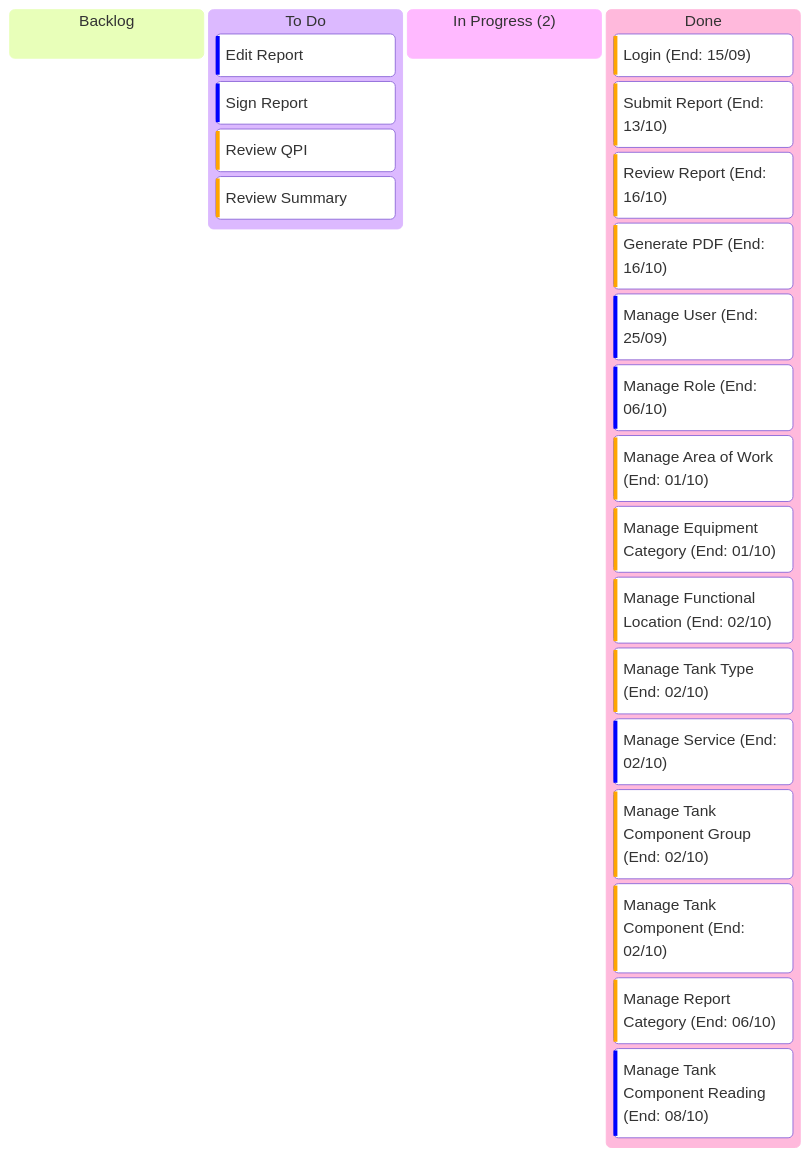
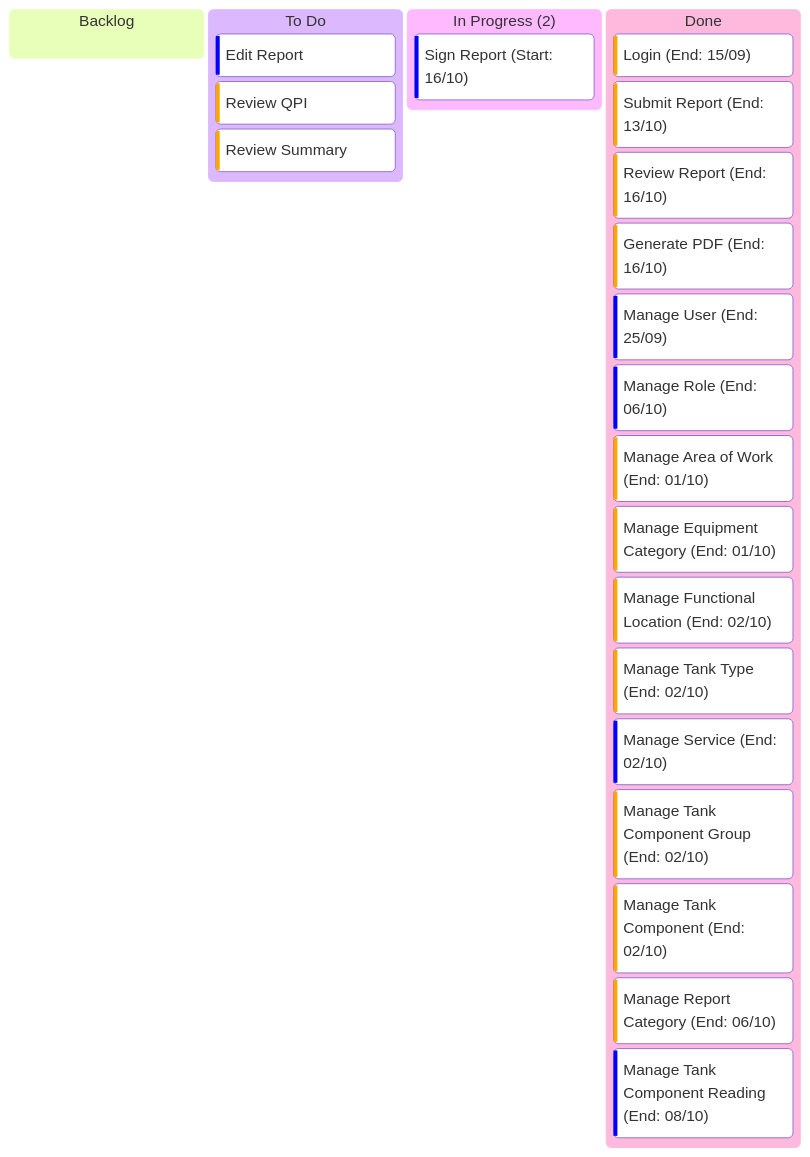
One commit to billdansr/kanban-boc-om changed the diagram in Kanban/02-Kanban.md. Above: the diagram before and after it, drawn with Mermaid.

Commit message:
vault backup: 2025-10-16 14:00:50
Sign Report: To Do -> In Progress. Started in 16/10

````diff
--- a/Kanban/02-Kanban.md
+++ b/Kanban/02-Kanban.md
@@ -3,29 +3,29 @@
 ```mermaid
 kanban
   backlog[Backlog]
 
   todo[To Do]
 	  uc04[Edit Report]@{priority: 'Low'}
-	  uc05[Sign Report]@{priority: 'Low'}
 	  uc07[Review QPI]@{priority: 'High'}
 	  uc08[Review Summary]@{priority: 'High'}
 	  
   inprogress["In Progress (2)"] 
+	  uc05["Sign Report (Start: 16/10)"]@{priority: 'Low'}
 
   done[Done]
 	  uc01["Login (End: 15/09)"]@{priority: 'High'}
 	  uc02["Submit Report (End: 13/10)"]@{priority: 'High'}
 	  uc03["Review Report (End: 16/10)"]@{priority: 'High'}	
 	  uc06["Generate PDF (End: 16/10)"]@{priority: 'High'} 	  
 	  uc09["Manage User (End: 25/09)"]@{priority: 'Low'}
 	  uc10["Manage Role (End: 06/10)"]@{priority: 'Low'}
 	  uc11["Manage Area of Work (End: 01/10)"]@{priority: 'High'}
 	  uc12["Manage Equipment Category (End: 01/10)"]@{priority: 'High'}
 	  uc13["Manage Functional Location (End: 02/10)"]@{priority: 'High'}
 	  uc14["Manage Tank Type (End: 02/10)"]@{priority: 'High'}
 	  uc15["Manage Service (End: 02/10)"]@{priority: 'Low'}
 	  uc16["Manage Tank Component Group (End: 02/10)"]@{priority: 'High'}
 	  uc17["Manage Tank Component (End: 02/10)"]@{priority: 'High'}
 	  uc18["Manage Report Category (End: 06/10)"]@{priority: 'High'}
 	  uc19["Manage Tank Component Reading (End: 08/10)"]@{priority: 'Low'}
 ```
````
